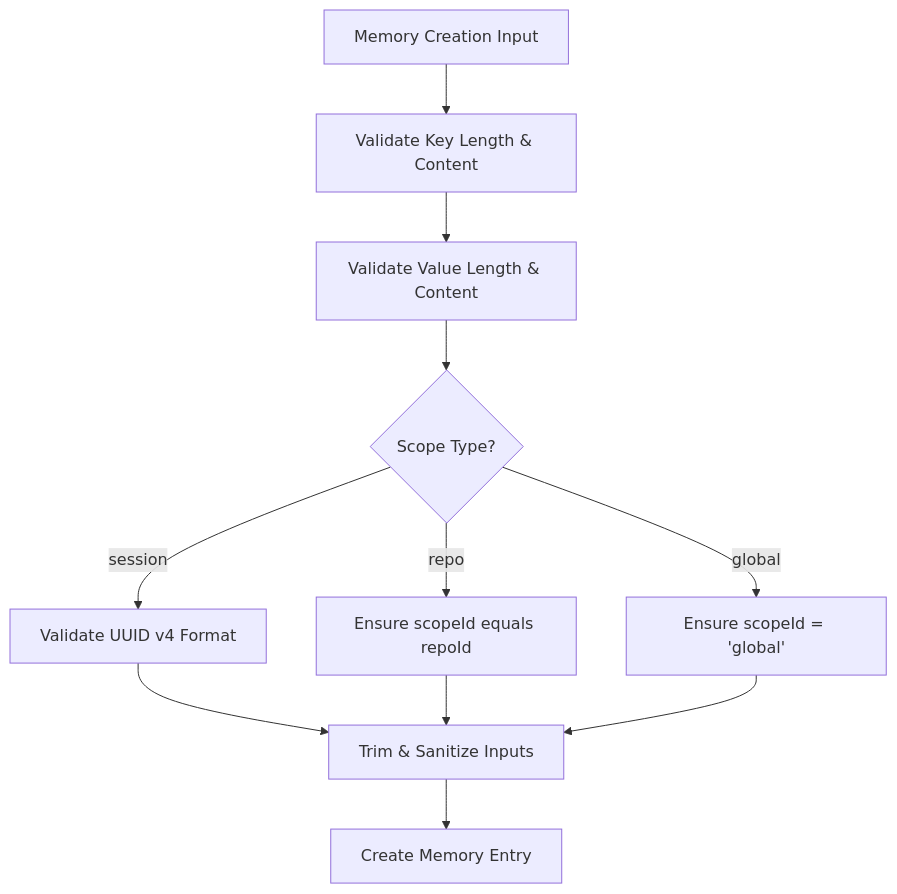
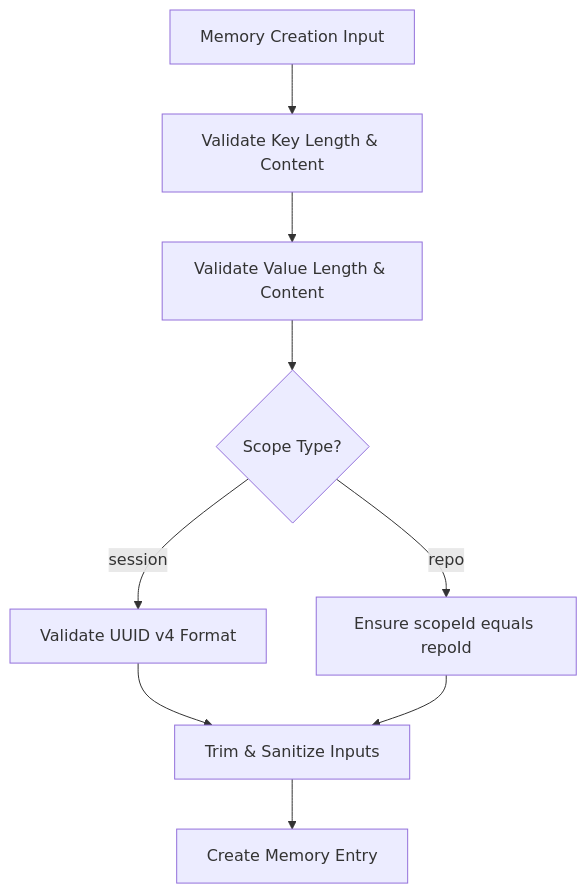
The fifth of 11 diagrams in .qoder/repowiki/en/content/Core Features/Memory Management System.md (bramburn/repomix-runner), drawn with Mermaid before and after one commit. The commit also changed other lines of this file and 27 other files, not shown here.

````diff
--- a/.qoder/repowiki/en/content/Core Features/Memory Management System.md
+++ b/.qoder/repowiki/en/content/Core Features/Memory Management System.md
@@ -212,13 +234,11 @@
 ```mermaid
 flowchart TD
 Input[Memory Creation Input] --> ValidateKey["Validate Key Length & Content"]
 ValidateKey --> ValidateValue["Validate Value Length & Content"]
 ValidateValue --> CheckScope{"Scope Type?"}
 CheckScope --> |session| ValidateThread["Validate UUID v4 Format"]
 CheckScope --> |repo| ValidateRepo["Ensure scopeId equals repoId"]
-CheckScope --> |global| ValidateGlobal["Ensure scopeId = 'global'"]
 ValidateThread --> NormalizeInputs["Trim & Sanitize Inputs"]
 ValidateRepo --> NormalizeInputs
-ValidateGlobal --> NormalizeInputs
 NormalizeInputs --> CreateMemory["Create Memory Entry"]
 ```
````
